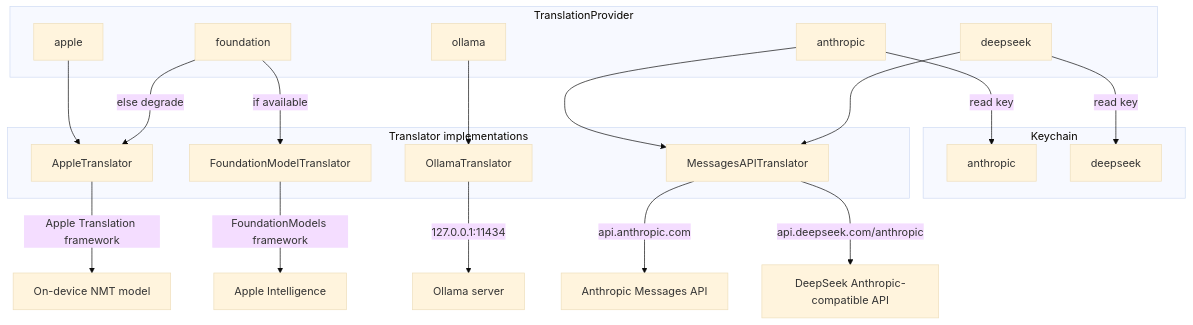
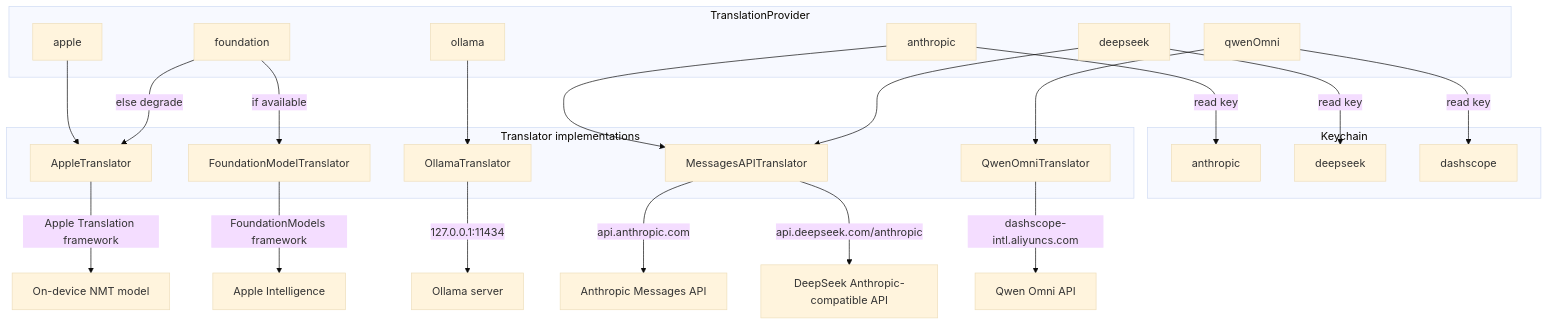
The sixth of 9 diagrams in docs/architecture.md (dautroc/tsuyaku), drawn with Mermaid (base theme) before and after one commit. The commit also changed other lines of this file, not shown here.

Commit message:
Update the latest architecture

````diff
--- a/docs/architecture.md
+++ b/docs/architecture.md
@@ -332,37 +460,43 @@
 ```mermaid
 flowchart TB
     subgraph Keychain["Keychain"]
         AnthropicKey["anthropic"]
         DeepSeekKey["deepseek"]
+        DashscopeKey["dashscope"]
     end
 
     subgraph Providers["TranslationProvider"]
         Apple["apple"]
         Foundation["foundation"]
         Ollama["ollama"]
         Anthropic["anthropic"]
         DeepSeek["deepseek"]
+        QwenOmni["qwenOmni"]
     end
 
     subgraph Backends["Translator implementations"]
         AT["AppleTranslator"]
         FMT["FoundationModelTranslator"]
         OT["OllamaTranslator"]
         MAT["MessagesAPITranslator"]
+        QT["QwenOmniTranslator"]
     end
 
     Apple --> AT
     Foundation -->|if available| FMT
     Foundation -->|else degrade| AT
     Ollama --> OT
     Anthropic -->|read key| AnthropicKey
     Anthropic --> MAT
     DeepSeek -->|read key| DeepSeekKey
     DeepSeek --> MAT
+    QwenOmni -->|read key| DashscopeKey
+    QwenOmni --> QT
 
     MAT -->|api.anthropic.com| AnthropicCloud["Anthropic Messages API"]
     MAT -->|api.deepseek.com/anthropic| DeepSeekCloud["DeepSeek Anthropic-compatible API"]
+    QT -->|dashscope-intl.aliyuncs.com| QwenCloud["Qwen Omni API"]
     OT -->|127.0.0.1:11434| OllamaServer["Ollama server"]
     AT -->|Apple Translation framework| OnDeviceNMT["On-device NMT model"]
     FMT -->|FoundationModels framework| AppleIntelligence["Apple Intelligence"]
 ```
````
